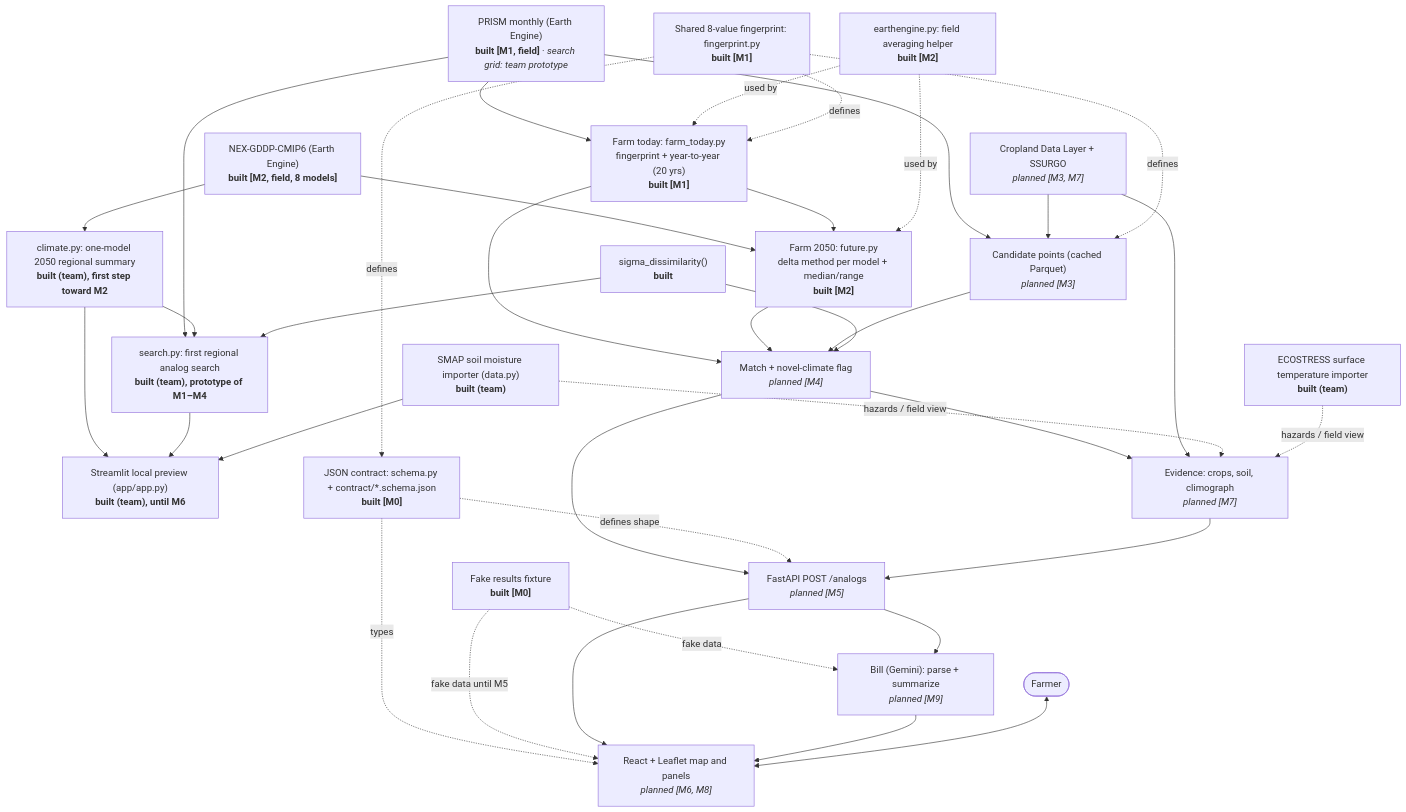
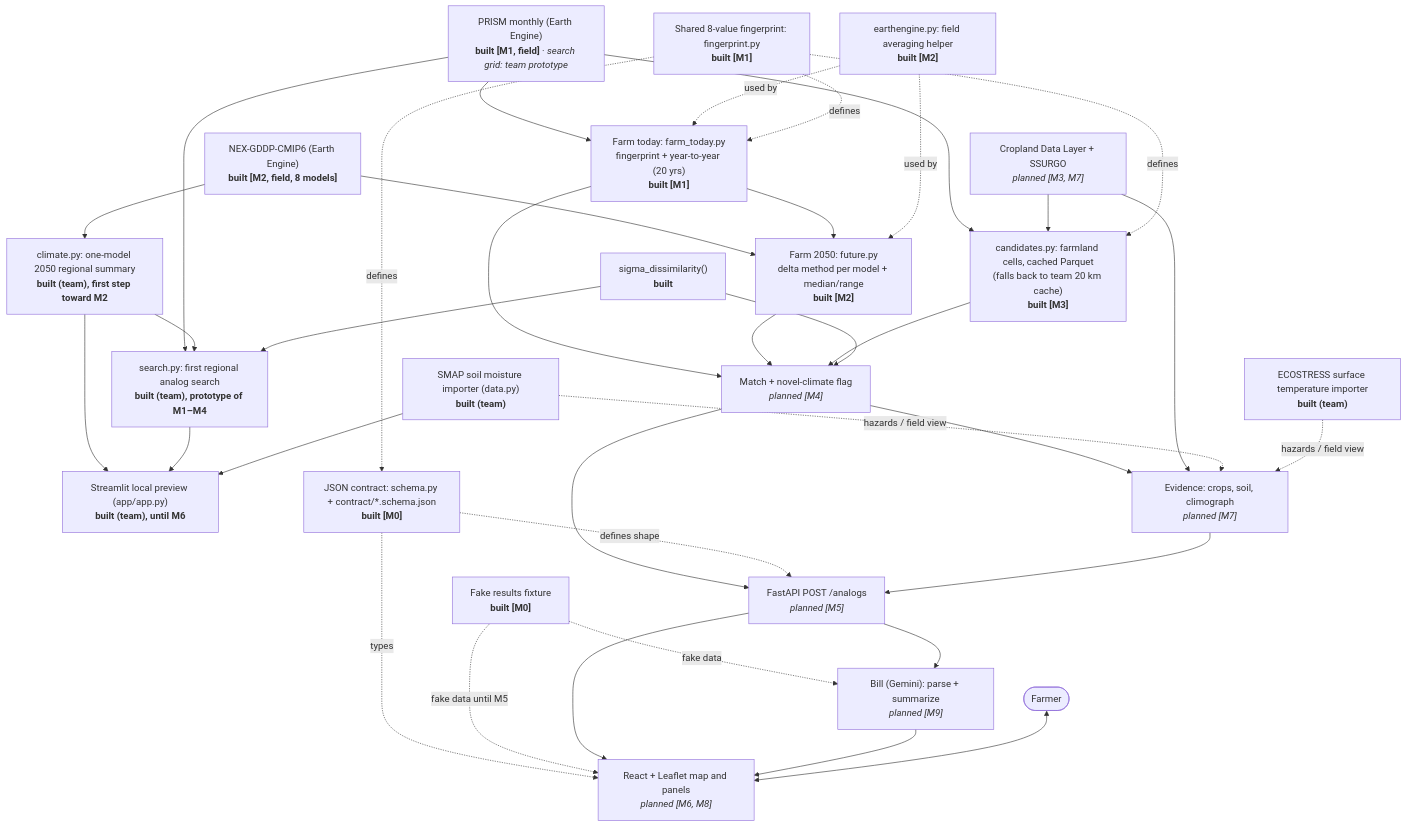
One commit to trafwel/farm-analog changed the diagram in docs/ARCHITECTURE.md. Above: the diagram before and after it, drawn with Mermaid. The commit also changed other lines of this file and 3 other files, not shown here.

First line of the commit message:
Record M3's review, open issues, teach-back and architecture

````diff
--- a/docs/ARCHITECTURE.md
+++ b/docs/ARCHITECTURE.md
@@ -7,63 +7,63 @@
 ```mermaid
 flowchart TD
     PRISM["PRISM monthly (Earth Engine)<br/><b>built [M1, field]</b> · <i>search grid: team prototype</i>"]
     CMIP["NEX-GDDP-CMIP6 (Earth Engine)<br/><b>built [M2, field, 8 models]</b>"]
     CDL["Cropland Data Layer + SSURGO<br/><i>planned [M3, M7]</i>"]
     SMAP["SMAP soil moisture importer (data.py)<br/><b>built (team)</b>"]
     ECO["ECOSTRESS surface temperature importer<br/><b>built (team)</b>"]
     CLIM["climate.py: one-model 2050 regional summary<br/><b>built (team), first step toward M2</b>"]
     PREVIEW["Streamlit local preview (app/app.py)<br/><b>built (team), until M6</b>"]
     SEARCH["search.py: first regional analog search<br/><b>built (team), prototype of M1–M4</b>"]
 
     FT["Farm today: farm_today.py<br/>fingerprint + year-to-year (20 yrs)<br/><b>built [M1]</b>"]
     FPRINT["Shared 8-value fingerprint: fingerprint.py<br/><b>built [M1]</b>"]
     F50["Farm 2050: future.py<br/>delta method per model + median/range<br/><b>built [M2]</b>"]
     EEH["earthengine.py: field averaging helper<br/><b>built [M2]</b>"]
-    CAND["Candidate points (cached Parquet)<br/><i>planned [M3]</i>"]
+    CAND["candidates.py: farmland cells, cached Parquet<br/>(falls back to team 20 km cache)<br/><b>built [M3]</b>"]
     SIGMA["sigma_dissimilarity()<br/><b>built</b>"]
     MATCH["Match + novel-climate flag<br/><i>planned [M4]</i>"]
     EVID["Evidence: crops, soil, climograph<br/><i>planned [M7]</i>"]
 
     CONTRACT["JSON contract: schema.py + contract/*.schema.json<br/><b>built [M0]</b>"]
     FIX["Fake results fixture<br/><b>built [M0]</b>"]
     API["FastAPI POST /analogs<br/><i>planned [M5]</i>"]
     UI["React + Leaflet map and panels<br/><i>planned [M6, M8]</i>"]
     BILL["Bill (Gemini): parse + summarize<br/><i>planned [M9]</i>"]
     FARMER(["Farmer"])
 
     PRISM --> FT
     PRISM --> CAND
     CMIP --> F50
     FT --> F50
     CDL --> CAND
     FT --> MATCH
     F50 --> MATCH
     CAND --> MATCH
     SIGMA --> MATCH
     MATCH --> EVID
     CDL --> EVID
     MATCH --> API
     EEH -. used by .-> FT
     EEH -. used by .-> F50
     FPRINT -. defines .-> FT
     FPRINT -. defines .-> CAND
     FPRINT -. defines .-> CONTRACT
     CMIP --> CLIM
     CLIM --> PREVIEW
     PRISM --> SEARCH
     CLIM --> SEARCH
     SIGMA --> SEARCH
     SEARCH --> PREVIEW
     SMAP --> PREVIEW
     SMAP -. hazards / field view .-> EVID
     ECO -. hazards / field view .-> EVID
     CONTRACT -. defines shape .-> API
     CONTRACT -. types .-> UI
     FIX -. fake data until M5 .-> UI
     FIX -. fake data .-> BILL
     EVID --> API
     API --> UI
     API --> BILL
     BILL --> UI
     FARMER <--> UI
 ```
````
